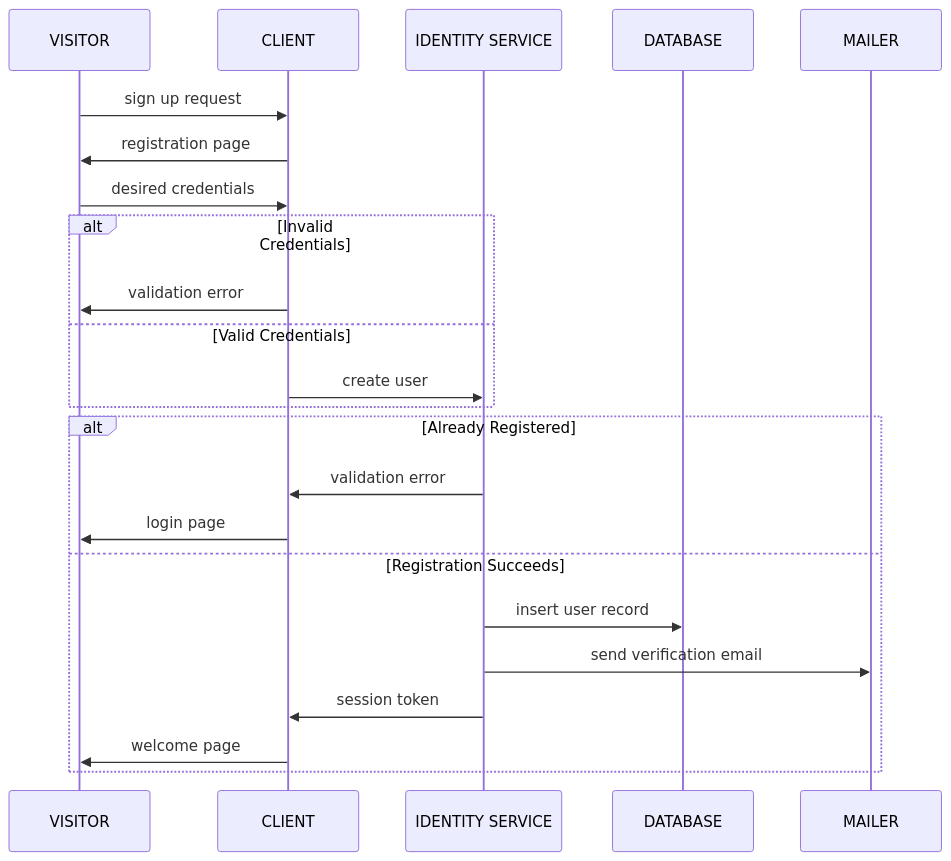
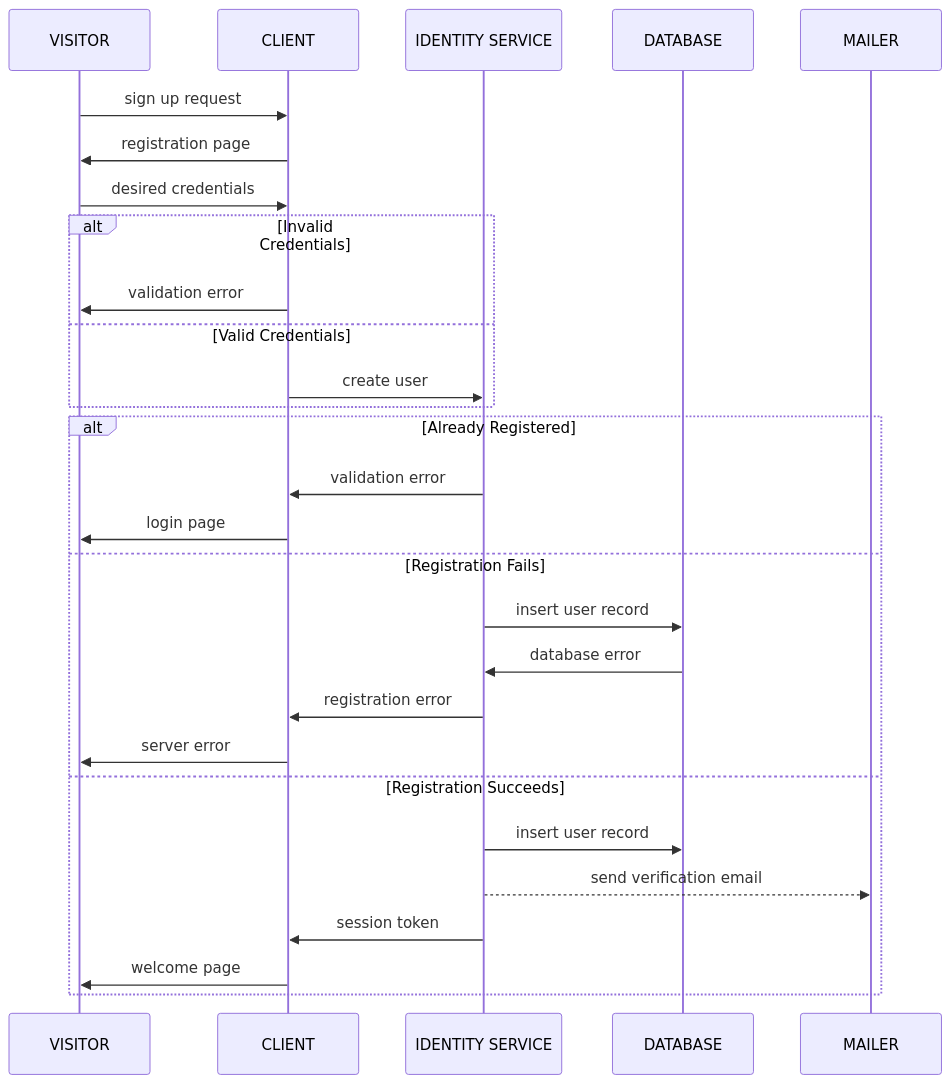
One commit to sscovil/mermaid-examples changed the diagram in README.md. Above: the diagram before and after it, drawn with Mermaid.

Commit message:
include database error path

````diff
--- a/README.md
+++ b/README.md
@@ -11,25 +11,30 @@
 ```mermaid
 sequenceDiagram
   participant V as VISITOR
   participant C as CLIENT
   participant I as IDENTITY SERVICE
   participant D as DATABASE
   participant M as MAILER
   V->>C: sign up request
   C->>V: registration page
   V->>C: desired credentials
   alt Invalid Credentials
     C->>V: validation error
   else Valid Credentials
     C->>I: create user
   end
   alt Already Registered
     I->>C: validation error
     C->>V: login page
+  else Registration Fails
+    I->>D: insert user record
+    D->>I: database error
+    I->>C: registration error
+    C->>V: server error
   else Registration Succeeds
     I->>D: insert user record
-    I->>M: send verification email
+    I-->>M: send verification email
     I->>C: session token
     C->>V: welcome page
   end
 ```
````
